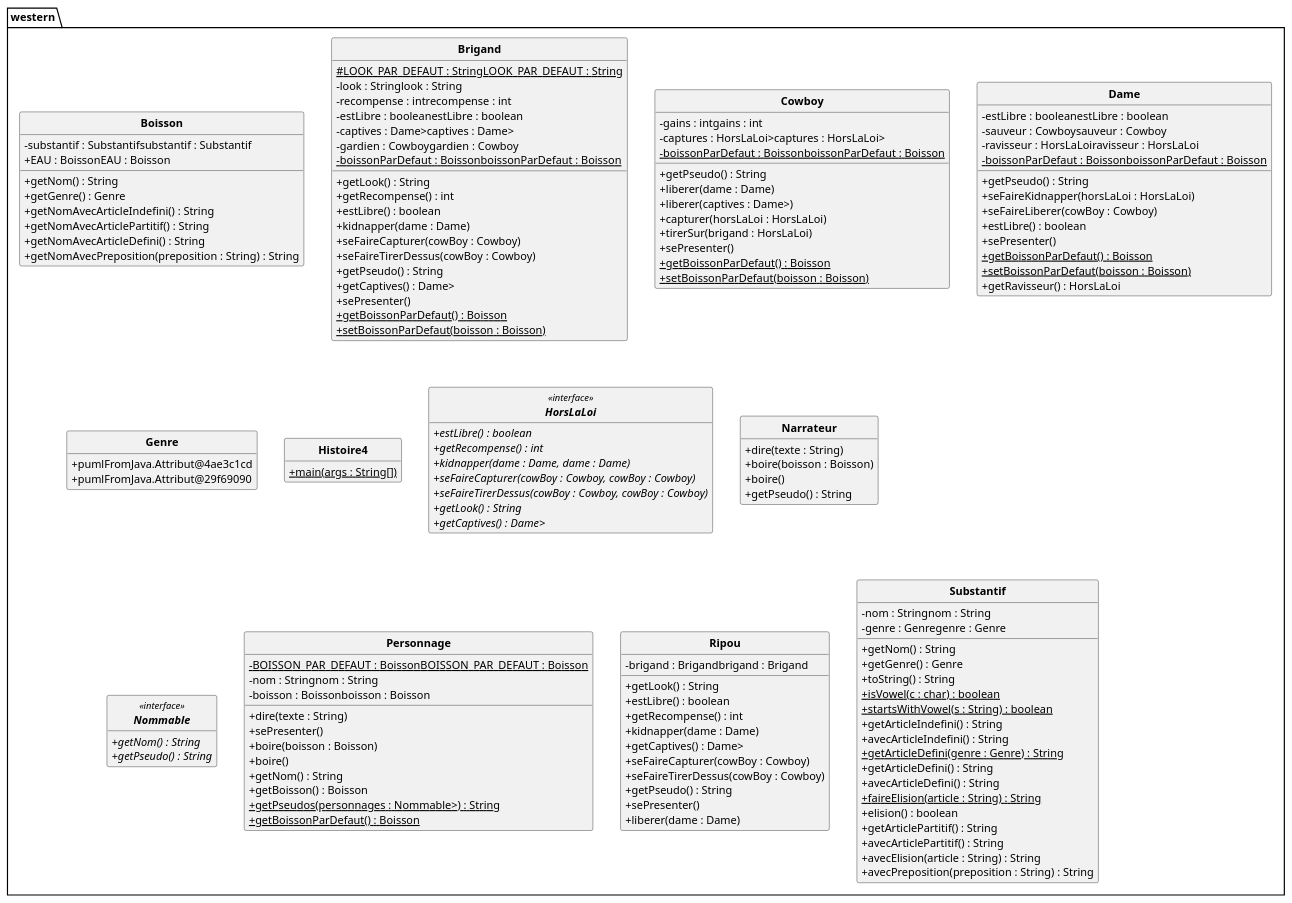
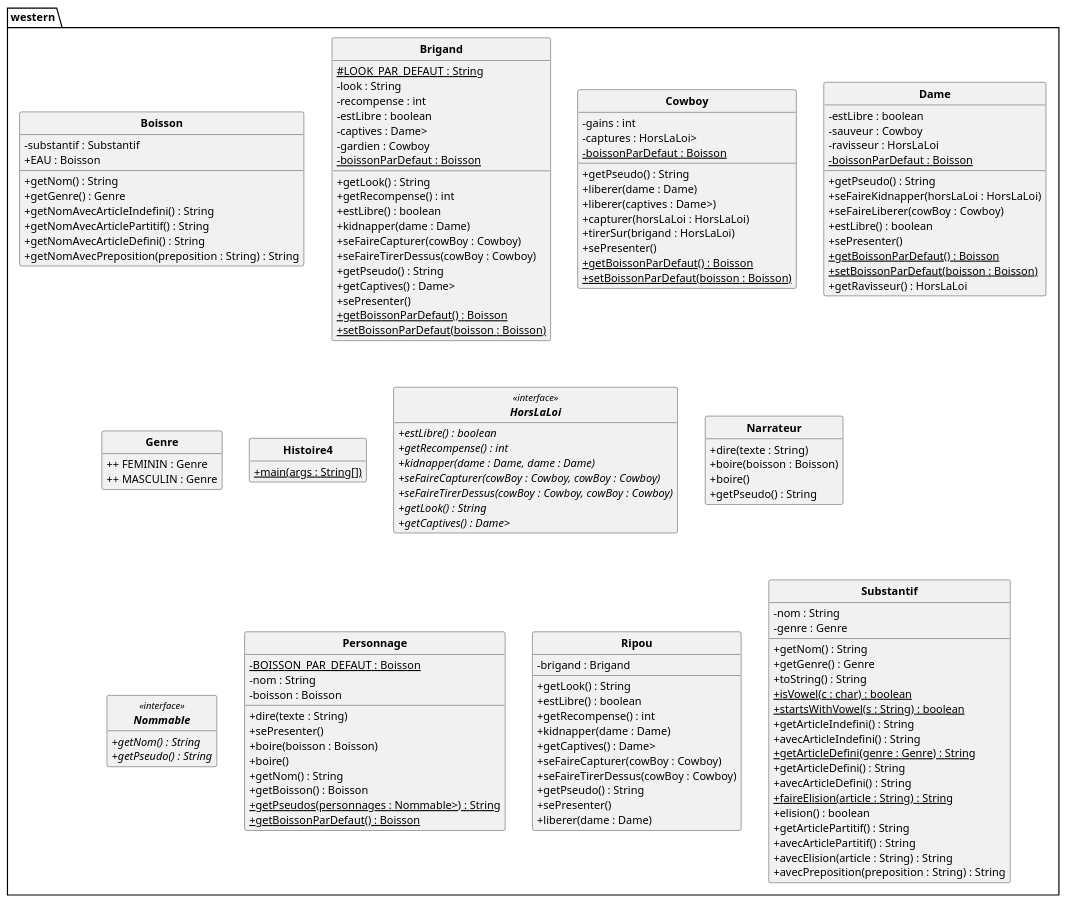
One commit to DimToups/Java-to-PUML-converter changed the diagram in out/production/p21_projet/pumlFromJava/westernClass.puml. Above: the diagram before and after it, drawn with PlantUML. The commit also changed 12 other files, not shown here.

```diff
--- a/out/production/p21_projet/pumlFromJava/westernClass.puml
+++ b/out/production/p21_projet/pumlFromJava/westernClass.puml
@@ -1,153 +1,153 @@
 @startuml
 'https://plantuml.com/class-diagram
 skinparam style strictuml
 skinparam classAttributeIconSize 0
 skinparam classFontStyle Bold
 
 hide empty members
 
 package western{
 class Boisson{
-- substantif : Substantifsubstantif : Substantif
-+ EAU : BoissonEAU : Boisson
+- substantif : Substantif
++ EAU : Boisson
 + getNom() : String
 + getGenre() : Genre
 + getNomAvecArticleIndefini() : String
 + getNomAvecArticlePartitif() : String
 + getNomAvecArticleDefini() : String
 + getNomAvecPreposition(preposition : String) : String
 }
 
 class Brigand{
-# LOOK_PAR_DEFAUT : StringLOOK_PAR_DEFAUT : String {static}
-- look : Stringlook : String
-- recompense : intrecompense : int
-- estLibre : booleanestLibre : boolean
-- captives : Dame>captives : Dame>
-- gardien : Cowboygardien : Cowboy
-- boissonParDefaut : BoissonboissonParDefaut : Boisson {static}
+# LOOK_PAR_DEFAUT : String {static}
+- look : String
+- recompense : int
+- estLibre : boolean
+- captives : Dame>
+- gardien : Cowboy
+- boissonParDefaut : Boisson {static}
 + getLook() : String
 + getRecompense() : int
 + estLibre() : boolean
 + kidnapper(dame : Dame)
 + seFaireCapturer(cowBoy : Cowboy)
 + seFaireTirerDessus(cowBoy : Cowboy)
 + getPseudo() : String
 + getCaptives() : Dame>
 + sePresenter()
 + getBoissonParDefaut() {static} : Boisson
 + setBoissonParDefaut(boisson : Boisson) {static}
 }
 
 class Cowboy{
-- gains : intgains : int
-- captures : HorsLaLoi>captures : HorsLaLoi>
-- boissonParDefaut : BoissonboissonParDefaut : Boisson {static}
+- gains : int
+- captures : HorsLaLoi>
+- boissonParDefaut : Boisson {static}
 + getPseudo() : String
 + liberer(dame : Dame)
 + liberer(captives : Dame>)
 + capturer(horsLaLoi : HorsLaLoi)
 + tirerSur(brigand : HorsLaLoi)
 + sePresenter()
 + getBoissonParDefaut() {static} : Boisson
 + setBoissonParDefaut(boisson : Boisson) {static}
 }
 
 class Dame{
-- estLibre : booleanestLibre : boolean
-- sauveur : Cowboysauveur : Cowboy
-- ravisseur : HorsLaLoiravisseur : HorsLaLoi
-- boissonParDefaut : BoissonboissonParDefaut : Boisson {static}
+- estLibre : boolean
+- sauveur : Cowboy
+- ravisseur : HorsLaLoi
+- boissonParDefaut : Boisson {static}
 + getPseudo() : String
 + seFaireKidnapper(horsLaLoi : HorsLaLoi)
 + seFaireLiberer(cowBoy : Cowboy)
 + estLibre() : boolean
 + sePresenter()
 + getBoissonParDefaut() {static} : Boisson
 + setBoissonParDefaut(boisson : Boisson) {static}
 + getRavisseur() : HorsLaLoi
 }
 
 class Genre{
-+ pumlFromJava.Attribut@4ae3c1cd
-+ pumlFromJava.Attribut@29f69090
++ + FEMININ : Genre
++ + MASCULIN : Genre
 }
 
 class Histoire4{
 + main(args : String[]) {static}
 }
 
 interface HorsLaLoi<<interface>>{
 + estLibre() {abstract} : boolean
 + getRecompense() {abstract} : int
 + kidnapper(dame : Dame, dame : Dame) {abstract}
 + seFaireCapturer(cowBoy : Cowboy, cowBoy : Cowboy) {abstract}
 + seFaireTirerDessus(cowBoy : Cowboy, cowBoy : Cowboy) {abstract}
 + getLook() {abstract} : String
 + getCaptives() {abstract} : Dame>
 }
 
 class Narrateur{
 + dire(texte : String)
 + boire(boisson : Boisson)
 + boire()
 + getPseudo() : String
 }
 
 interface Nommable<<interface>>{
 + getNom() {abstract} : String
 + getPseudo() {abstract} : String
 }
 
 class Personnage{
-- BOISSON_PAR_DEFAUT : BoissonBOISSON_PAR_DEFAUT : Boisson {static}
-- nom : Stringnom : String
-- boisson : Boissonboisson : Boisson
+- BOISSON_PAR_DEFAUT : Boisson {static}
+- nom : String
+- boisson : Boisson
 + dire(texte : String)
 + sePresenter()
 + boire(boisson : Boisson)
 + boire()
 + getNom() : String
 + getBoisson() : Boisson
 + getPseudos(personnages : Nommable>) {static} : String
 + getBoissonParDefaut() {static} : Boisson
 }
 
 class Ripou{
-- brigand : Brigandbrigand : Brigand
+- brigand : Brigand
 + getLook() : String
 + estLibre() : boolean
 + getRecompense() : int
 + kidnapper(dame : Dame)
 + getCaptives() : Dame>
 + seFaireCapturer(cowBoy : Cowboy)
 + seFaireTirerDessus(cowBoy : Cowboy)
 + getPseudo() : String
 + sePresenter()
 + liberer(dame : Dame)
 }
 
 class Substantif{
-- nom : Stringnom : String
-- genre : Genregenre : Genre
+- nom : String
+- genre : Genre
 + getNom() : String
 + getGenre() : Genre
 + toString() : String
 + isVowel(c : char) {static} : boolean
 + startsWithVowel(s : String) {static} : boolean
 + getArticleIndefini() : String
 + avecArticleIndefini() : String
 + getArticleDefini(genre : Genre) {static} : String
 + getArticleDefini() : String
 + avecArticleDefini() : String
 + faireElision(article : String) {static} : String
 + elision() : boolean
 + getArticlePartitif() : String
 + avecArticlePartitif() : String
 + avecElision(article : String) : String
 + avecPreposition(preposition : String) : String
 }
 
 
 }
 @enduml
```
